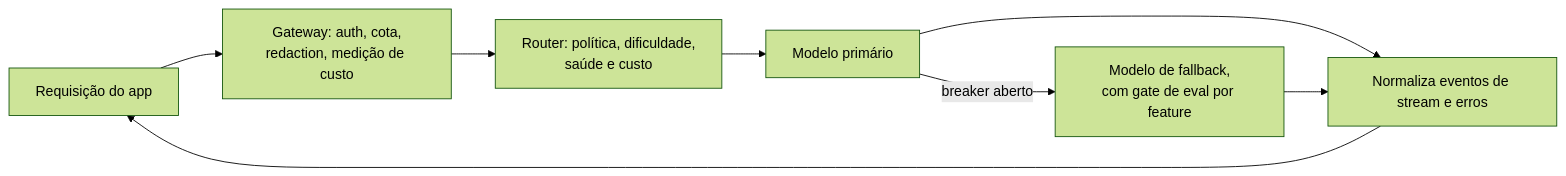
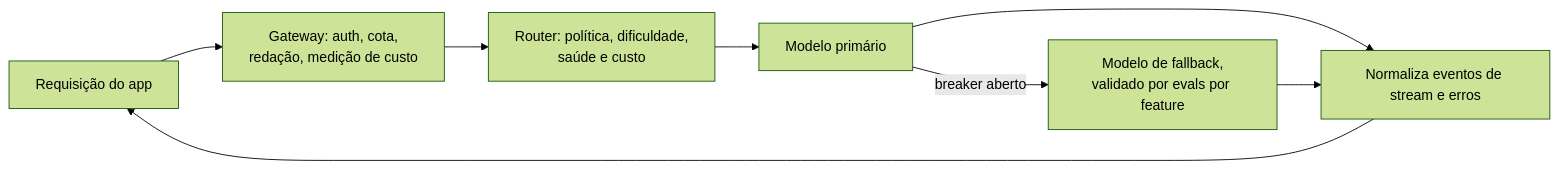
One commit to andrevberaldo/AI-Engineer-Interview-Questions changed diagram 22 of 28 in 08-inference-and-production/questions.pt-BR.md. Above: the diagram before and after it, drawn with Mermaid (forest theme). The commit also changed other lines of this file and 1 other file, not shown here.

````diff
--- a/08-inference-and-production/questions.pt-BR.md
+++ b/08-inference-and-production/questions.pt-BR.md
@@ -1241,10 +1241,10 @@
 ```mermaid
 flowchart LR
-    A["Requisição do app"] --> GW["Gateway: auth, cota,<br/>redaction, medição de custo"]
+    A["Requisição do app"] --> GW["Gateway: auth, cota,<br/>redação, medição de custo"]
     GW --> RT["Router: política, dificuldade,<br/>saúde e custo"]
     RT --> P1["Modelo primário"]
-    P1 -->|"breaker aberto"| P2["Modelo de fallback,<br/>com gate de eval por feature"]
+    P1 -->|"breaker aberto"| P2["Modelo de fallback,<br/>validado por evals por feature"]
     P1 --> N["Normaliza eventos de stream e erros"]
     P2 --> N
     N --> A
 ```
````
